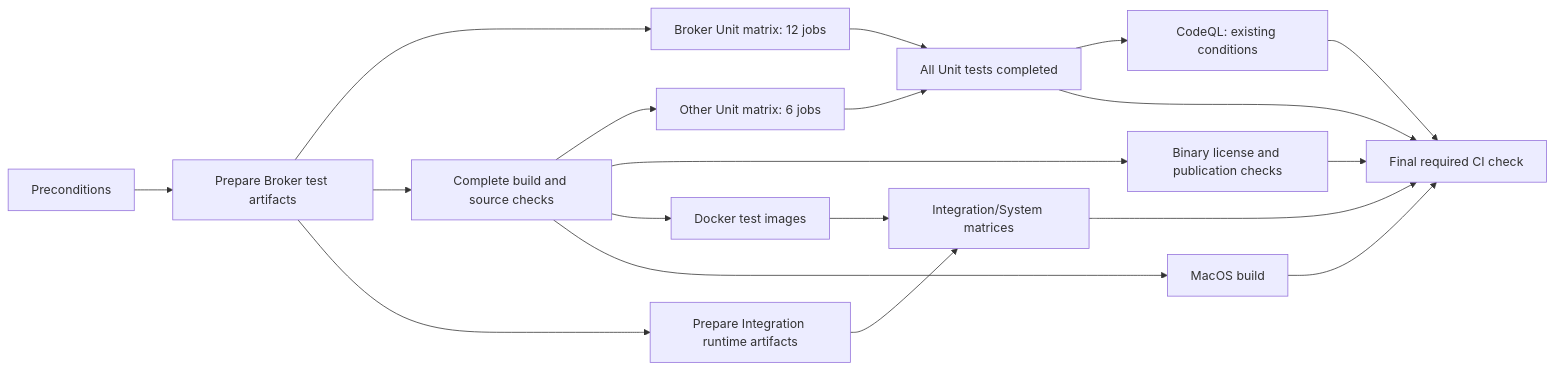
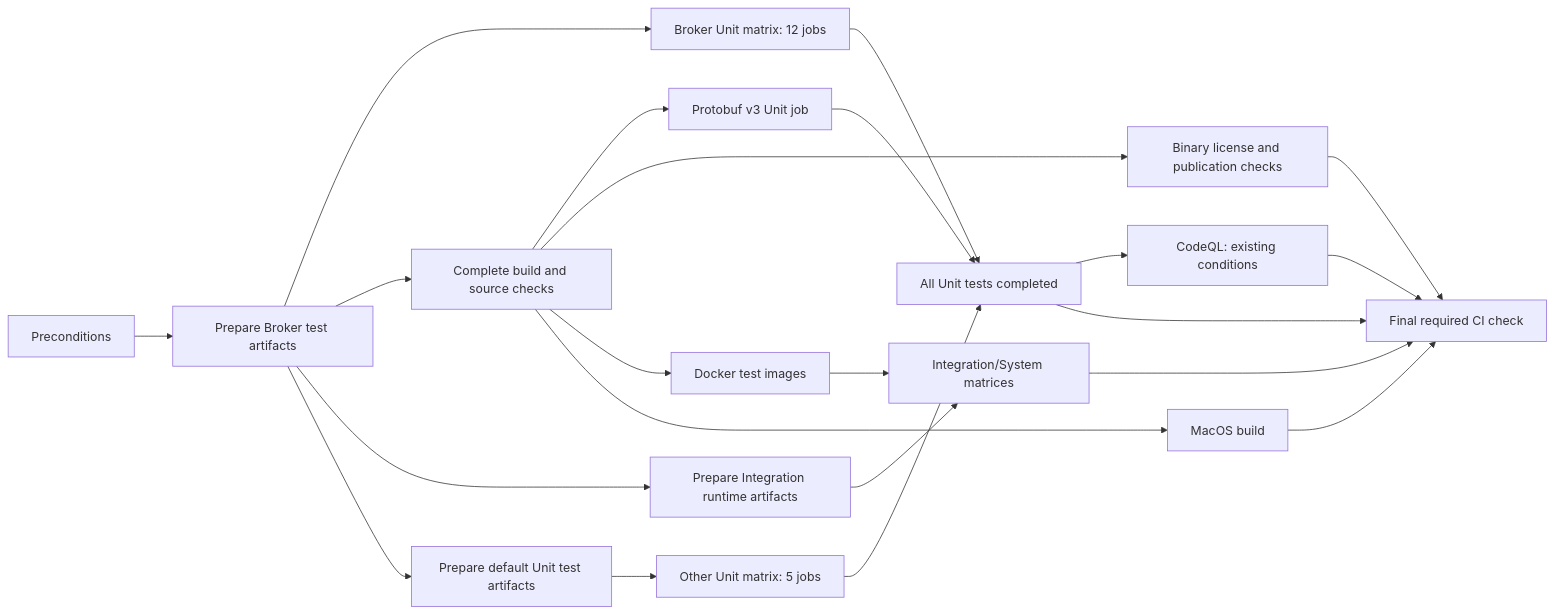
The diagram in .github/workflows/README.md (void-ptr974/pulsar), drawn with Mermaid before and after one commit. The commit also changed other lines of this file and 4 other files, not shown here.

First line of the commit message:
[improve][build] Prepare default Unit test inputs before full assembly

````diff
--- a/.github/workflows/README.md
+++ b/.github/workflows/README.md
@@ -61,21 +61,24 @@
 ```mermaid
 flowchart LR
     P[Preconditions] --> B[Prepare Broker test artifacts]
     B --> U[Broker Unit matrix: 12 jobs]
     B --> A[Complete build and source checks]
     B --> L[Prepare Integration runtime artifacts]
-    A --> O[Other Unit matrix: 6 jobs]
+    B --> N[Prepare default Unit test artifacts]
+    N --> O[Other Unit matrix: 5 jobs]
+    A --> T[Protobuf v3 Unit job]
     A --> V[Binary license and publication checks]
     A --> D[Docker test images]
     D --> I[Integration/System matrices]
     L --> I
     A --> M[MacOS build]
     U --> G[All Unit tests completed]
     O --> G
+    T --> G
     G --> Q[CodeQL: existing conditions]
     G --> F[Final required CI check]
     V --> F
     I --> F
     M --> F
     Q --> F
 ```
````
